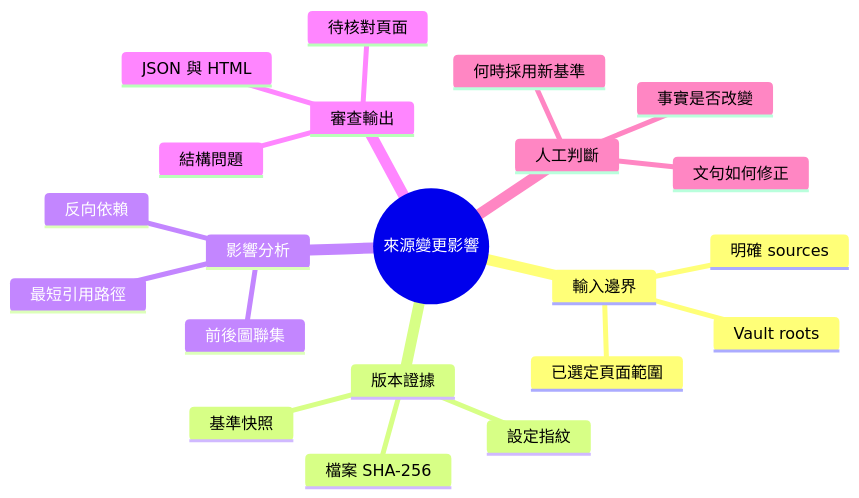
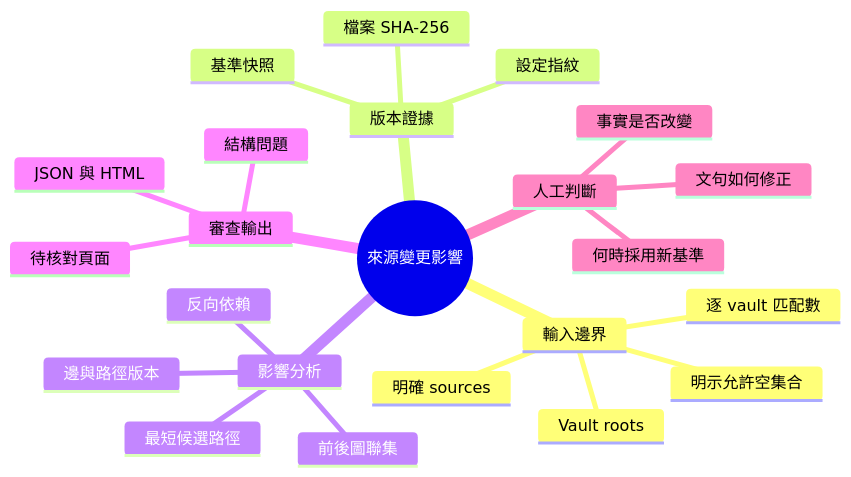
Before and after one commit to minxinchen/wiki-change-impact: the second of 2 diagrams in README.md, drawn with Mermaid. The commit also changed other lines of this file and 9 other files, not shown here.

````diff
--- a/README.md
+++ b/README.md
@@ -135,24 +162,26 @@
 ```mermaid
 mindmap
   root((來源變更影響))
     輸入邊界
       Vault roots
       明確 sources
-      已選定頁面範圍
+      逐 vault 匹配數
+      明示允許空集合
     版本證據
       檔案 SHA-256
       基準快照
       設定指紋
     影響分析
       反向依賴
       前後圖聯集
-      最短引用路徑
+      最短候選路徑
+      邊與路徑版本
     審查輸出
       待核對頁面
       結構問題
       JSON 與 HTML
     人工判斷
       事實是否改變
       文句如何修正
       何時採用新基準
 ```
````
